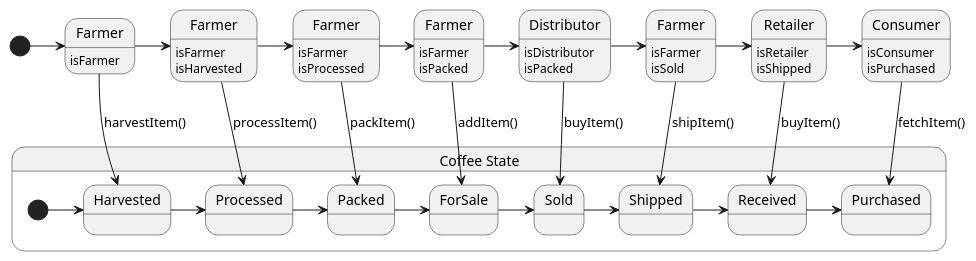
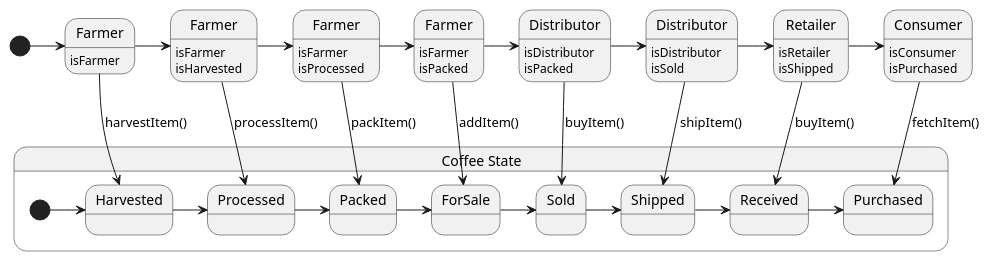
The diagram in documentation/uml/state.puml (LiewJunTung/CoffeeSupplyChain), drawn with PlantUML before and after one commit. The commit also changed 4 other files, not shown here.

Commit message:
docs: :memo: fix uml

```diff
--- a/documentation/uml/state.puml
+++ b/documentation/uml/state.puml
@@ -1,56 +1,56 @@
 @startuml
 
 state Farmer as "Farmer"
 Farmer: isFarmer
 state Farmer2 as "Farmer"
 Farmer2: isFarmer
 Farmer2: isHarvested
 Farmer->Farmer2
 state Farmer3 as "Farmer"
 Farmer3: isFarmer
 Farmer3: isProcessed
 Farmer2->Farmer3
 state Farmer4 as "Farmer"
 Farmer4: isFarmer
 Farmer4: isPacked
 Farmer3->Farmer4
 state Distributor as "Distributor"
 Distributor: isDistributor
 Distributor: isPacked
 Farmer4->Distributor
-state Farmer5 as "Farmer"
-Farmer5: isFarmer
-Farmer5: isSold
-Distributor->Farmer5
+state Distributor2 as "Distributor"
+Distributor2: isDistributor
+Distributor2: isSold
+Distributor->Distributor2
 state Retailer as "Retailer"
 Retailer: isRetailer
 Retailer: isShipped
-Farmer5->Retailer
+Distributor2->Retailer
 state Consumer as "Consumer"
 Consumer: isConsumer
 Consumer: isPurchased
 Retailer->Consumer
 
 [*] -> Farmer
 
 
 state Coffee as "Coffee State" {
     [*]->Harvested
     Farmer-->Harvested: harvestItem()
     Harvested->Processed
     Farmer2-->Processed: processItem()
     Processed->Packed
     Farmer3-->Packed: packItem()
     Packed->ForSale
     Farmer4-->ForSale: addItem()
     ForSale->Sold
     Distributor-->Sold: buyItem()
     Sold->Shipped
-    Farmer5-->Shipped: shipItem()
+    Distributor2-->Shipped: shipItem()
     Shipped->Received
     Retailer-->Received: buyItem()
     Received->Purchased
     Consumer-->Purchased: fetchItem()
 
 }
 @enduml
```
